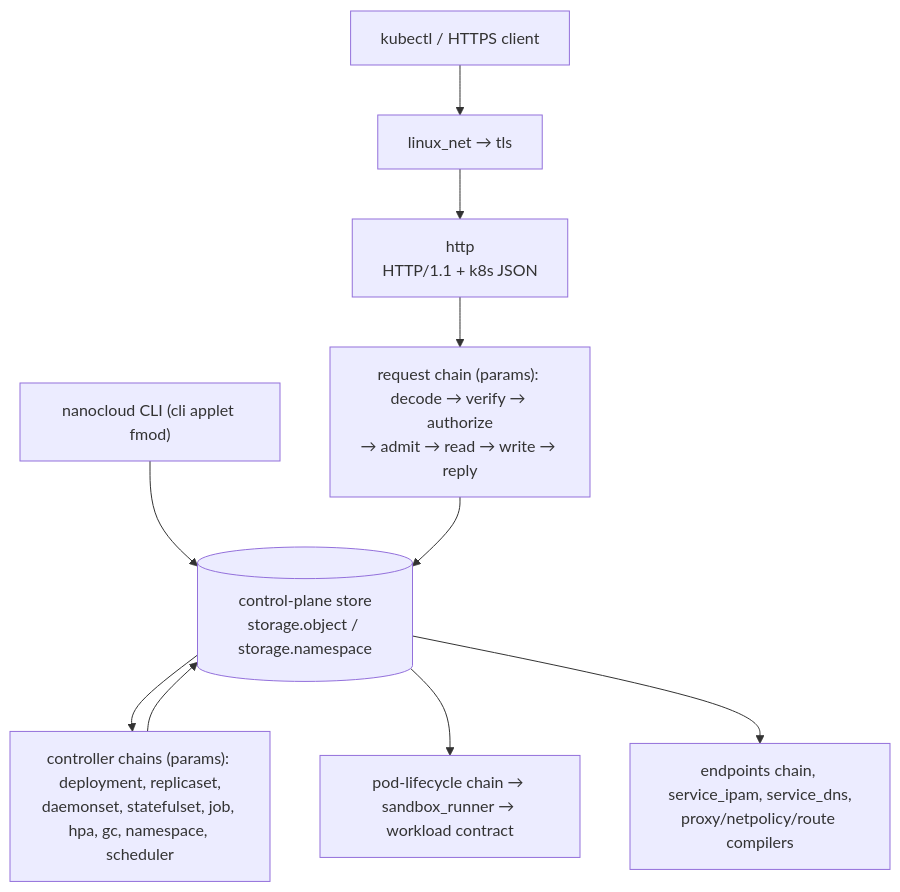
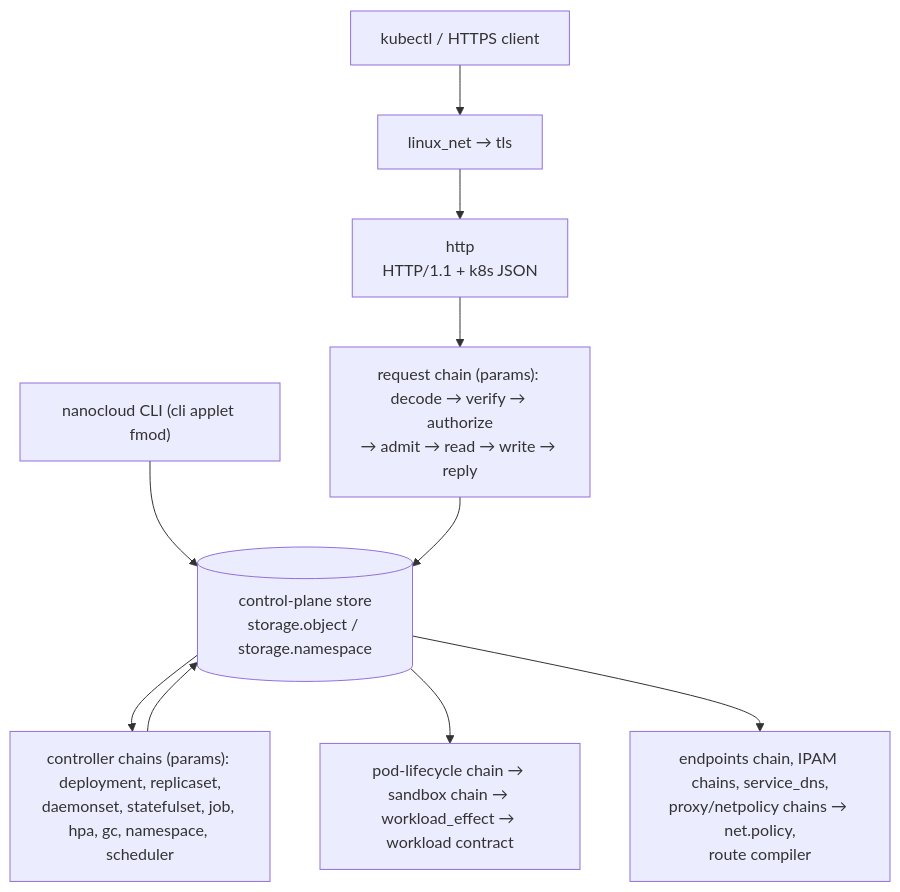
Before and after one commit to nanocloudio/nanocloud: the diagram in README.md, drawn with Mermaid. The commit also changed other lines of this file and 292 other files, not shown here.

````diff
--- a/README.md
+++ b/README.md
@@ -44,12 +51,12 @@
 ```mermaid
 flowchart TD
     CLI["nanocloud CLI (cli applet fmod)"] --> Store[("control-plane store<br/>storage.object / storage.namespace")]
     Client["kubectl / HTTPS client"] --> TLS["linux_net → tls"]
     TLS --> Http["http<br/>HTTP/1.1 + k8s JSON"]
     Http --> Pipe["request chain (params): decode → verify → authorize<br/>→ admit → read → write → reply"]
     Pipe --> Store
     Store --> Ctrl["controller chains (params): deployment, replicaset,<br/>daemonset, statefulset, job, hpa, gc, namespace, scheduler"]
     Ctrl --> Store
-    Store --> Node["pod-lifecycle chain → sandbox_runner → workload contract"]
-    Store --> Net["endpoints chain, service_ipam, service_dns,<br/>proxy/netpolicy/route compilers"]
+    Store --> Node["pod-lifecycle chain → sandbox chain → workload_effect → workload contract"]
+    Store --> Net["endpoints chain, IPAM chains, service_dns,<br/>proxy/netpolicy chains → net.policy,<br/>route compiler"]
 ```
````
